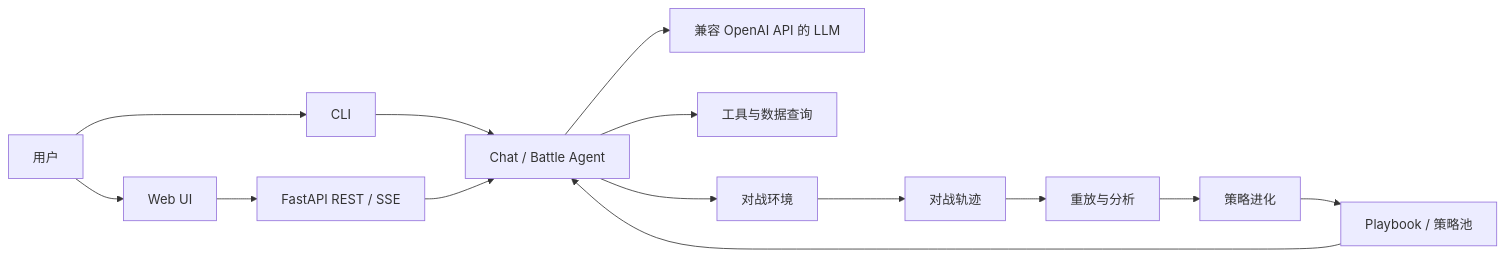
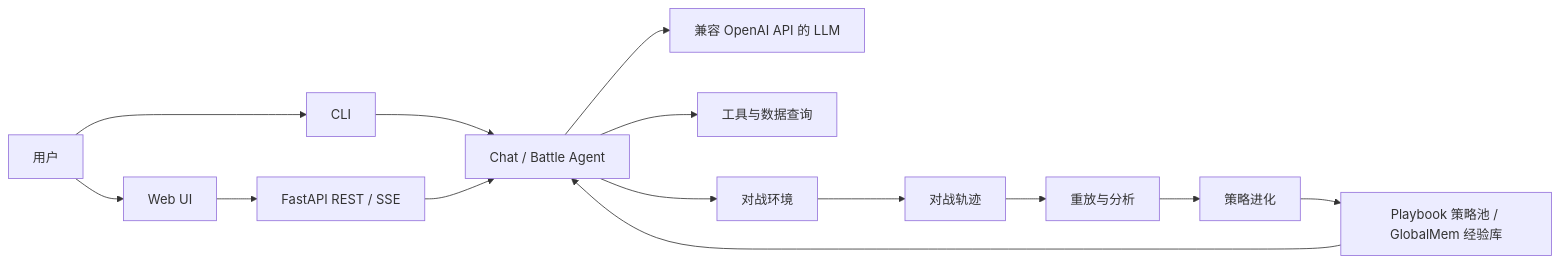
Before and after one commit to L-chang-an/Roco-PvP-Agent: the diagram in README.md, drawn with Mermaid. The commit also changed other lines of this file and 6 other files, not shown here.

````diff
--- a/README.md
+++ b/README.md
@@ -116,19 +138,19 @@
 ```mermaid
 flowchart LR
     U[用户] --> CLI[CLI]
     U --> WEB[Web UI]
 
     CLI --> AGENT[Chat / Battle Agent]
     WEB --> API[FastAPI REST / SSE]
     API --> AGENT
 
     AGENT --> LLM[兼容 OpenAI API 的 LLM]
     AGENT --> TOOLS[工具与数据查询]
     AGENT --> ENV[对战环境]
 
     ENV --> TRAJ[对战轨迹]
     TRAJ --> REPLAY[重放与分析]
     REPLAY --> EVO[策略进化]
-    EVO --> PLAYBOOK[Playbook / 策略池]
-    PLAYBOOK --> AGENT
+    EVO --> ART[Playbook 策略池 / GlobalMem 经验库]
+    ART --> AGENT
 ```
````
